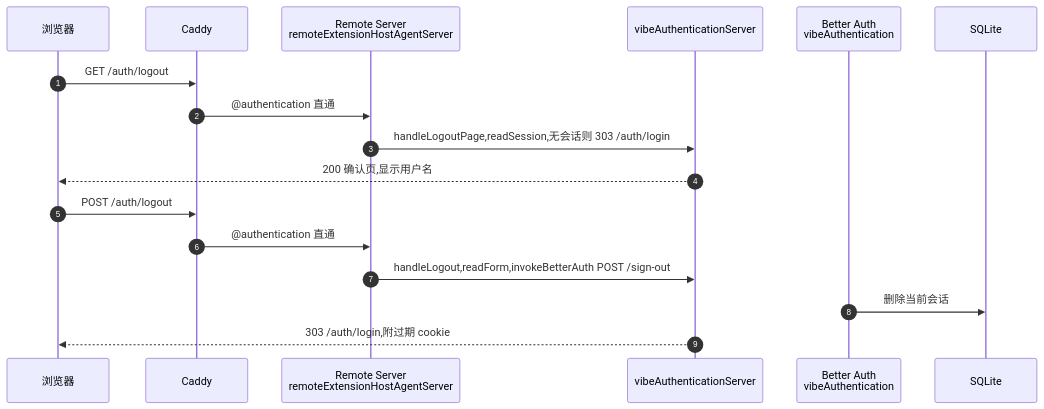
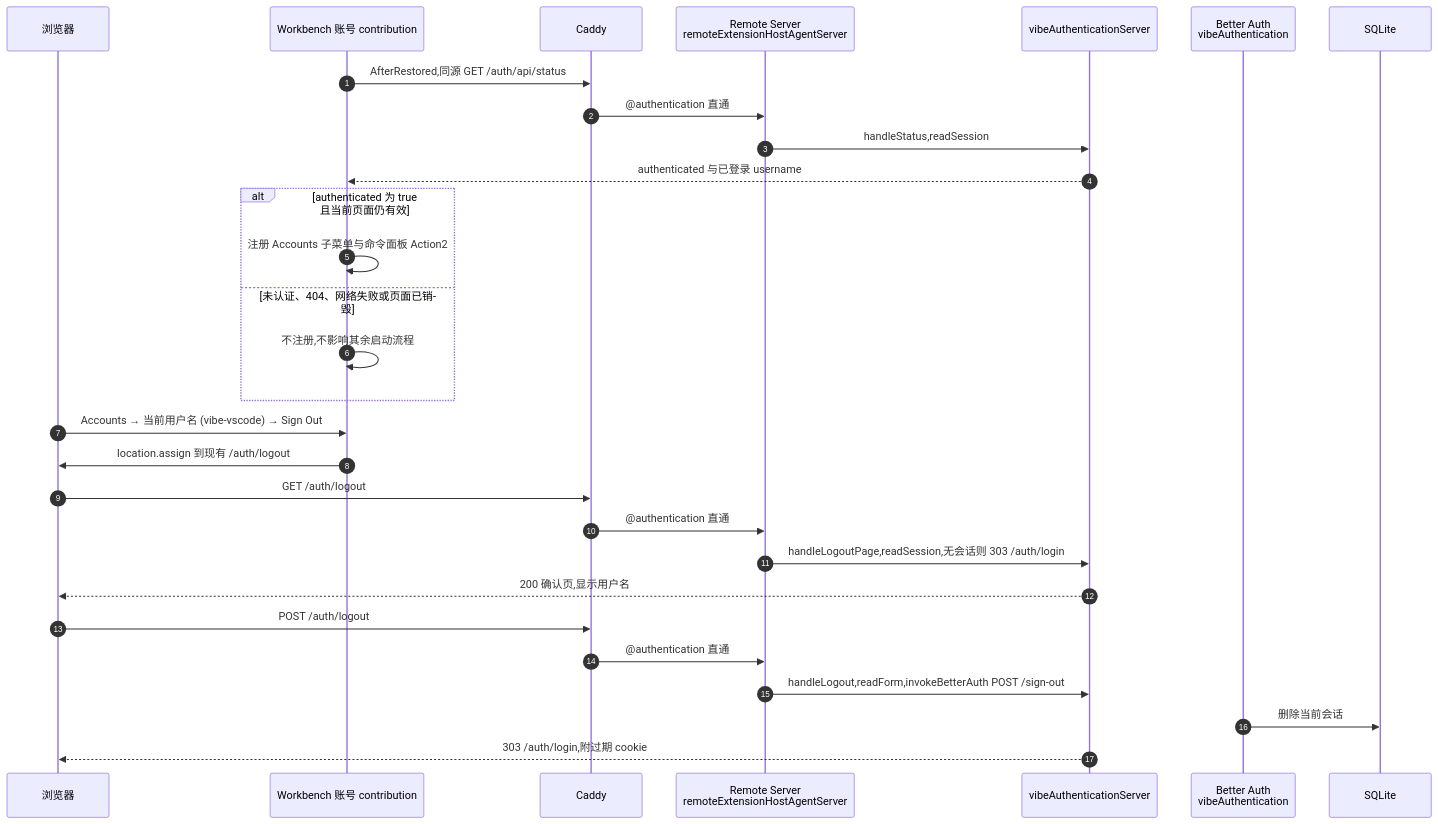
One commit to ActivePeter/vibe-vscode changed the tenth of 12 diagrams in vibe_vscode_doc/design/login_authentication.md. Above: the diagram before and after it, drawn with Mermaid. The commit also changed other lines of this file and 18 other files, not shown here.

Commit message:
fix(auth): address account menu and maintainability reviews

````diff
--- a/vibe_vscode_doc/design/login_authentication.md
+++ b/vibe_vscode_doc/design/login_authentication.md
@@ -324,20 +328,32 @@
 ```mermaid
 sequenceDiagram
     autonumber
     participant Browser as 浏览器
+    participant Account as Workbench 账号 contribution
     participant Caddy as Caddy
     participant Remote as Remote Server<br/>remoteExtensionHostAgentServer
     participant AuthSrv as vibeAuthenticationServer
     participant Auth as Better Auth<br/>vibeAuthentication
     participant DB as SQLite
 
+    Account->>Caddy: AfterRestored,同源 GET /auth/api/status
+    Caddy->>Remote: @authentication 直通
+    Remote->>AuthSrv: handleStatus,readSession
+    AuthSrv-->>Account: authenticated 与已登录 username
+    alt authenticated 为 true 且当前页面仍有效
+        Account->>Account: 注册 Accounts 子菜单与命令面板 Action2
+    else 未认证、404、网络失败或页面已销毁
+        Account->>Account: 不注册,不影响其余启动流程
+    end
+    Browser->>Account: Accounts → 当前用户名 (vibe-vscode) → Sign Out
+    Account->>Browser: location.assign 到现有 /auth/logout
     Browser->>Caddy: GET /auth/logout
     Caddy->>Remote: @authentication 直通
     Remote->>AuthSrv: handleLogoutPage,readSession,无会话则 303 /auth/login
     AuthSrv-->>Browser: 200 确认页,显示用户名
     Browser->>Caddy: POST /auth/logout
     Caddy->>Remote: @authentication 直通
     Remote->>AuthSrv: handleLogout,readForm,invokeBetterAuth POST /sign-out
     Auth->>DB: 删除当前会话
     AuthSrv-->>Browser: 303 /auth/login,附过期 cookie
 ```
````
